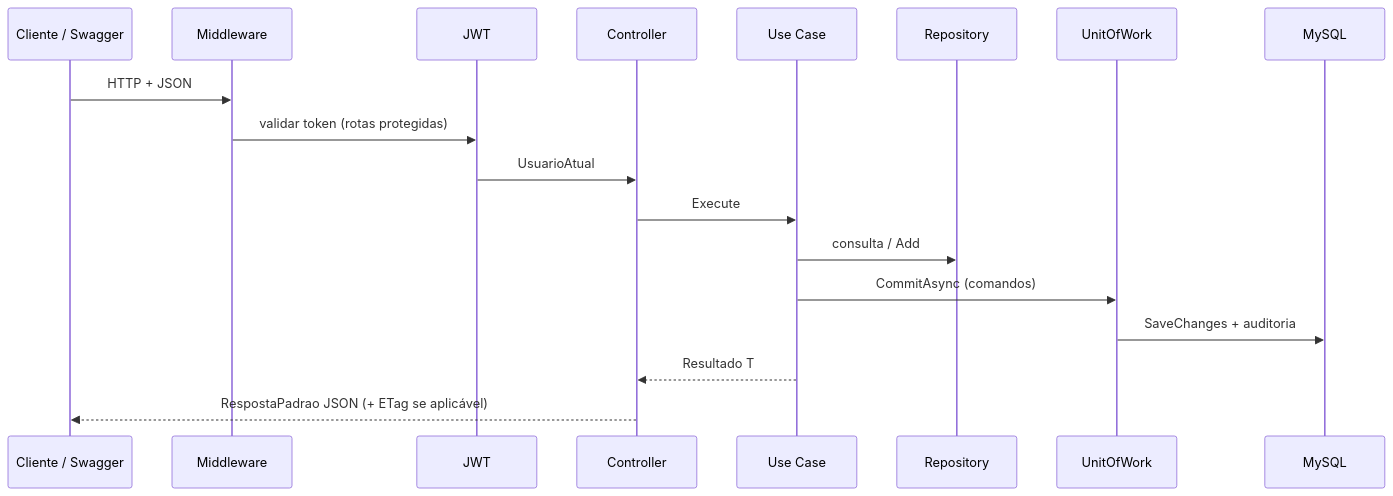
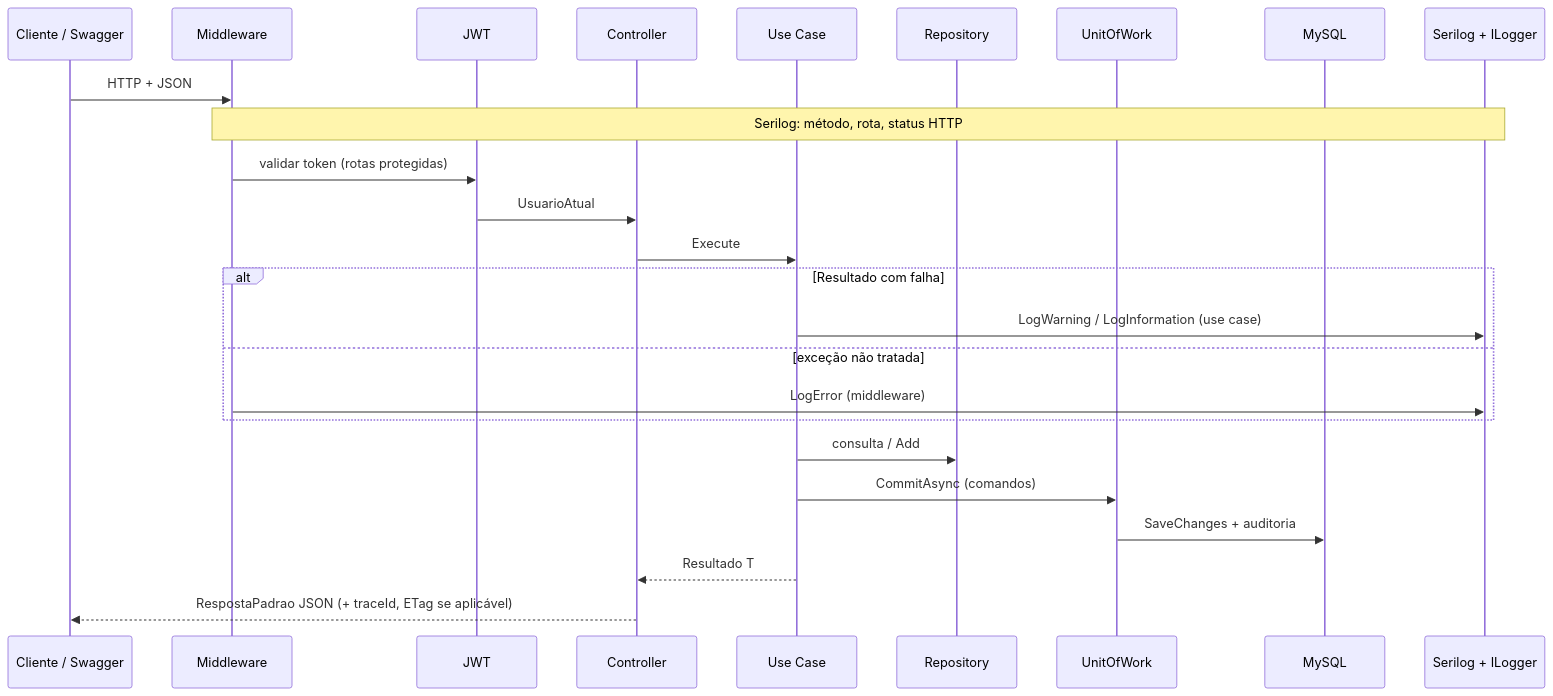
Before and after one commit to eutiagoportela/SistemaTarefas: the fourth of 11 diagrams in README.md, drawn with Mermaid. The commit also changed other lines of this file and 11 other files, not shown here.

````diff
--- a/README.md
+++ b/README.md
@@ -252,21 +277,28 @@
 ```mermaid
 sequenceDiagram
     participant U as Cliente / Swagger
     participant MW as Middleware
     participant AUTH as JWT
     participant C as Controller
     participant UC as Use Case
     participant R as Repository
     participant UOW as UnitOfWork
     participant DB as MySQL
+    participant LOG as Serilog + ILogger
 
     U->>MW: HTTP + JSON
+    Note over MW,LOG: Serilog: método, rota, status HTTP
     MW->>AUTH: validar token (rotas protegidas)
     AUTH->>C: UsuarioAtual
     C->>UC: Execute
+    alt Resultado com falha
+        UC->>LOG: LogWarning / LogInformation (use case)
+    else exceção não tratada
+        MW->>LOG: LogError (middleware)
+    end
     UC->>R: consulta / Add
     UC->>UOW: CommitAsync (comandos)
     UOW->>DB: SaveChanges + auditoria
     UC-->>C: Resultado T
-    C-->>U: RespostaPadrao JSON (+ ETag se aplicável)
+    C-->>U: RespostaPadrao JSON (+ traceId, ETag se aplicável)
 ```
````
